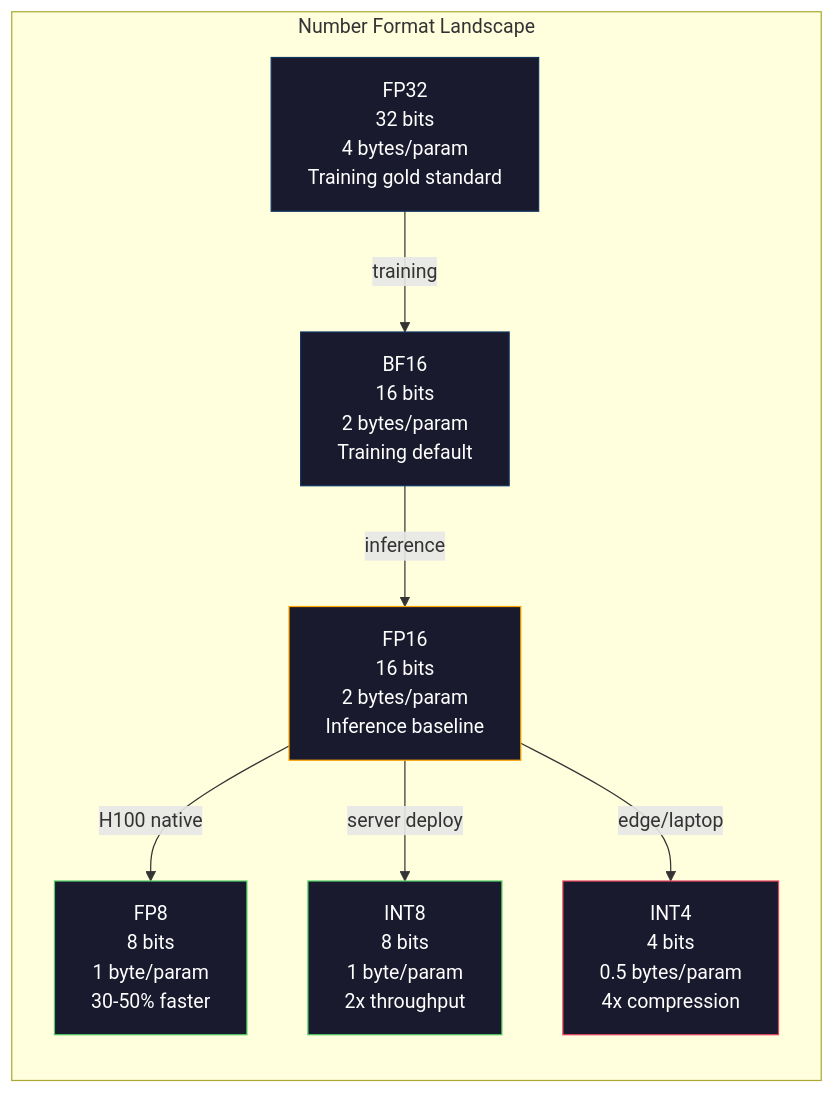
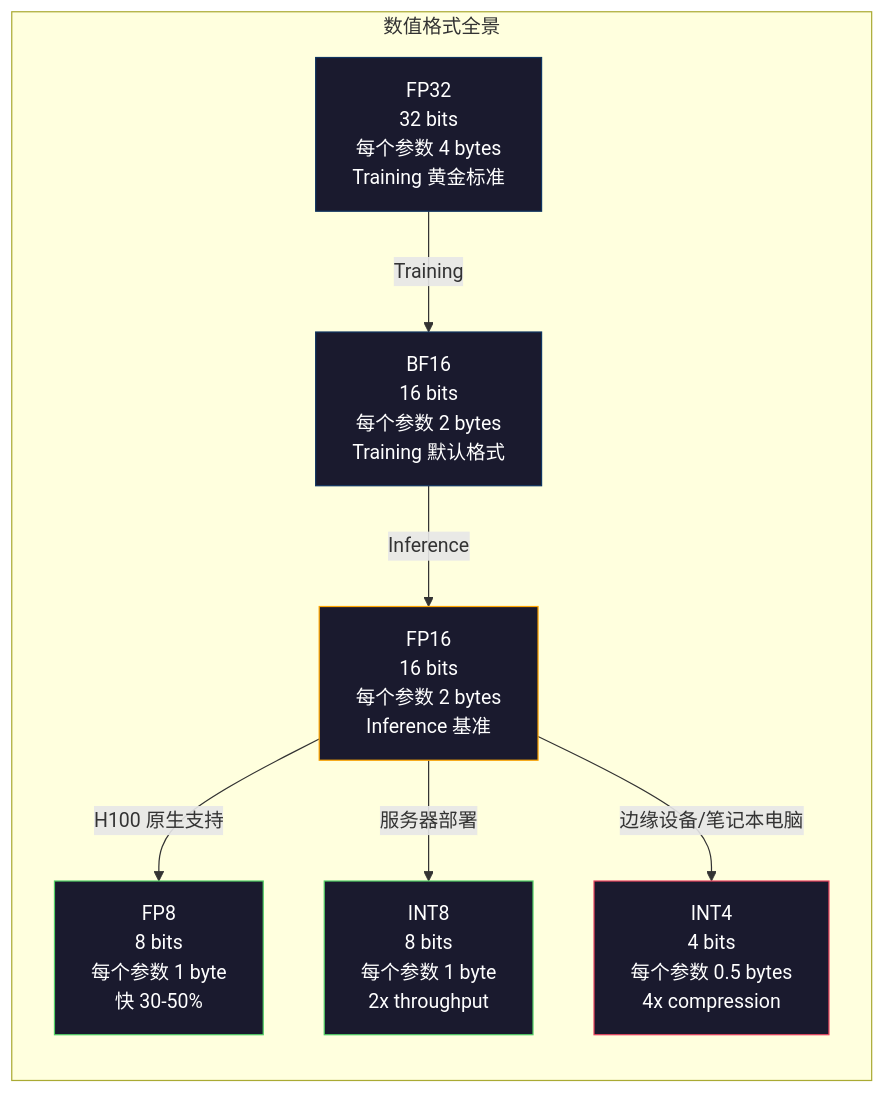
Before and after one commit to cluster1900/ai-engineering-from-scratch-zh: the first of 3 diagrams in phases/10-llms-from-scratch/11-quantization/docs/en.md, drawn with Mermaid. The commit also changed other lines of this file and 1 other file, not shown here.

````diff
--- a/phases/10-llms-from-scratch/11-quantization/docs/en.md
+++ b/phases/10-llms-from-scratch/11-quantization/docs/en.md
@@ -54,25 +57,25 @@
 ```mermaid
 graph LR
-    subgraph Formats["Number Format Landscape"]
+    subgraph Formats["数值格式全景"]
         direction TB
-        FP32["FP32\n32 bits\n4 bytes/param\nTraining gold standard"]
-        BF16["BF16\n16 bits\n2 bytes/param\nTraining default"]
-        FP16["FP16\n16 bits\n2 bytes/param\nInference baseline"]
-        FP8["FP8\n8 bits\n1 byte/param\n30-50% faster"]
-        INT8["INT8\n8 bits\n1 byte/param\n2x throughput"]
-        INT4["INT4\n4 bits\n0.5 bytes/param\n4x compression"]
+        FP32["FP32\n32 bits\n每个参数 4 bytes\nTraining 黄金标准"]
+        BF16["BF16\n16 bits\n每个参数 2 bytes\nTraining 默认格式"]
+        FP16["FP16\n16 bits\n每个参数 2 bytes\nInference 基准"]
+        FP8["FP8\n8 bits\n每个参数 1 byte\n快 30-50%"]
+        INT8["INT8\n8 bits\n每个参数 1 byte\n2x throughput"]
+        INT4["INT4\n4 bits\n每个参数 0.5 bytes\n4x compression"]
     end
 
-    FP32 -->|"training"| BF16
-    BF16 -->|"inference"| FP16
-    FP16 -->|"H100 native"| FP8
-    FP16 -->|"server deploy"| INT8
-    FP16 -->|"edge/laptop"| INT4
+    FP32 -->|"Training"| BF16
+    BF16 -->|"Inference"| FP16
+    FP16 -->|"H100 原生支持"| FP8
+    FP16 -->|"服务器部署"| INT8
+    FP16 -->|"边缘设备/笔记本电脑"| INT4
 
     style FP32 fill:#1a1a2e,stroke:#0f3460,color:#fff
     style BF16 fill:#1a1a2e,stroke:#0f3460,color:#fff
     style FP16 fill:#1a1a2e,stroke:#ffa500,color:#fff
     style FP8 fill:#1a1a2e,stroke:#51cf66,color:#fff
     style INT8 fill:#1a1a2e,stroke:#51cf66,color:#fff
     style INT4 fill:#1a1a2e,stroke:#e94560,color:#fff
 ```
````
